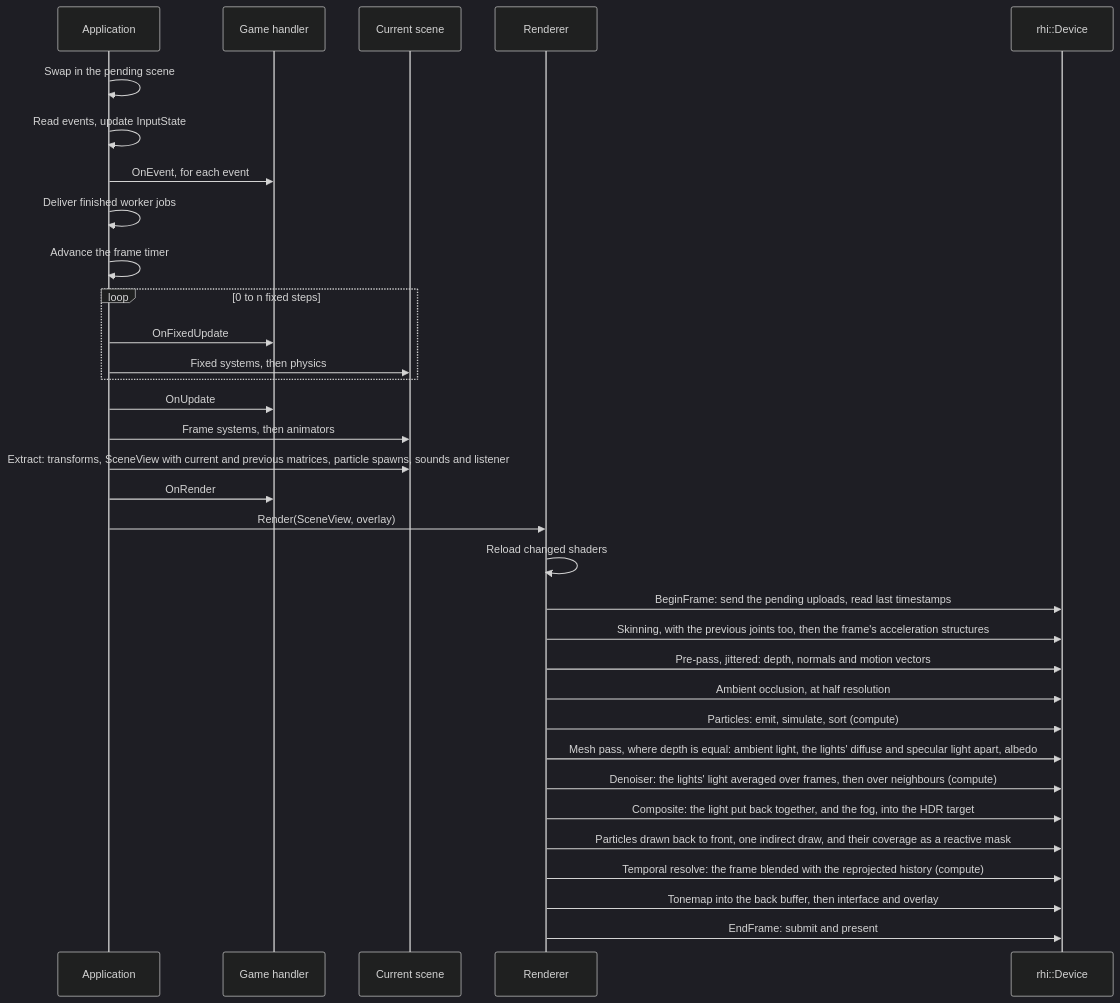
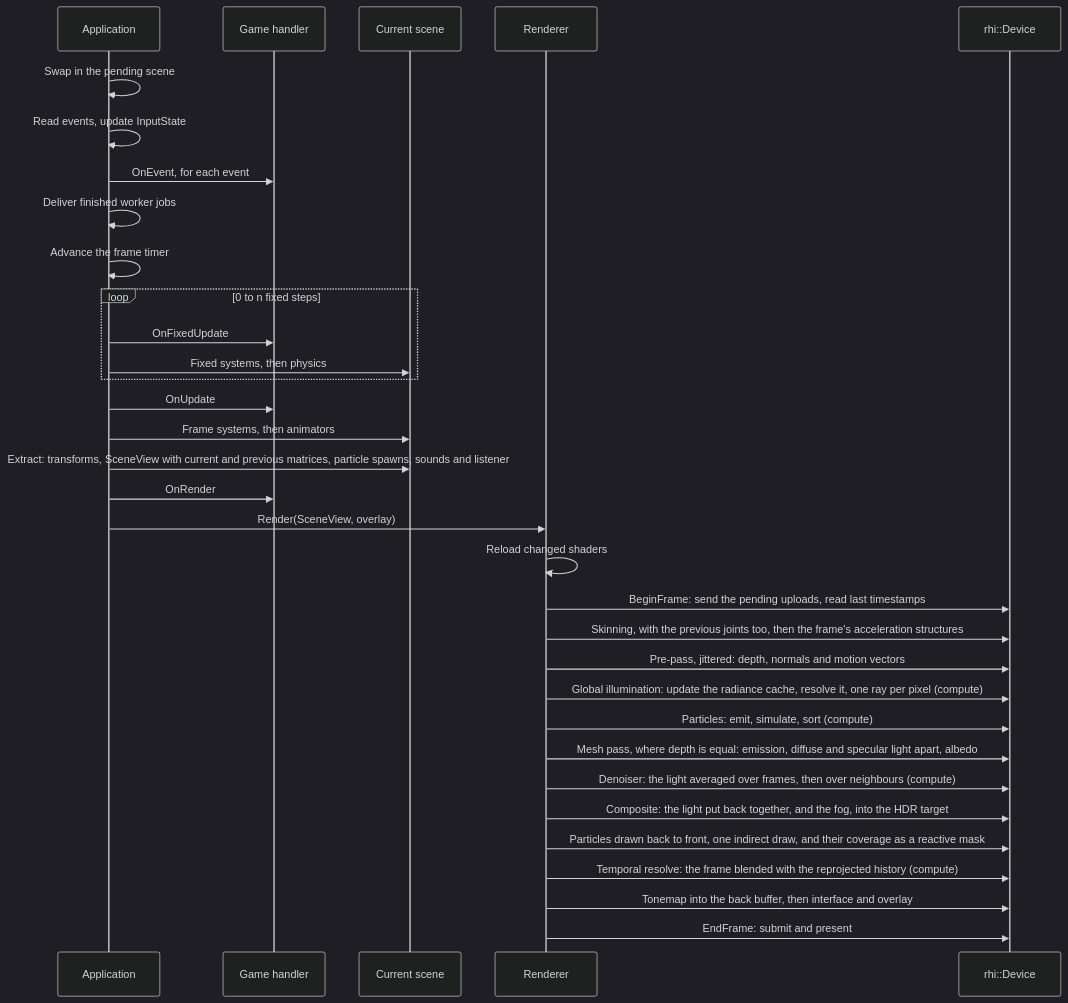
One commit to SBXdev3D/daidalos-engine-next changed the third of 12 diagrams in docs/ARCHITECTURE.md. Above: the diagram before and after it, drawn with Mermaid (dark theme). The commit also changed other lines of this file and 48 other files, not shown here.

First line of the commit message:
Phase 9.9: diffuse global illumination, and moonlight (#31)

````diff
--- a/docs/ARCHITECTURE.md
+++ b/docs/ARCHITECTURE.md
@@ -67,36 +67,36 @@
 ```mermaid
 sequenceDiagram
     participant A as Application
     participant G as Game handler
     participant S as Current scene
     participant R as Renderer
     participant D as rhi::Device
 
     A->>A: Swap in the pending scene
     A->>A: Read events, update InputState
     A->>G: OnEvent, for each event
     A->>A: Deliver finished worker jobs
     A->>A: Advance the frame timer
     loop 0 to n fixed steps
         A->>G: OnFixedUpdate
         A->>S: Fixed systems, then physics
     end
     A->>G: OnUpdate
     A->>S: Frame systems, then animators
     A->>S: Extract: transforms, SceneView with current and previous matrices, particle spawns, sounds and listener
     A->>G: OnRender
     A->>R: Render(SceneView, overlay)
     R->>R: Reload changed shaders
     R->>D: BeginFrame: send the pending uploads, read last timestamps
     R->>D: Skinning, with the previous joints too, then the frame's acceleration structures
     R->>D: Pre-pass, jittered: depth, normals and motion vectors
-    R->>D: Ambient occlusion, at half resolution
+    R->>D: Global illumination: update the radiance cache, resolve it, one ray per pixel (compute)
     R->>D: Particles: emit, simulate, sort (compute)
-    R->>D: Mesh pass, where depth is equal: ambient light, the lights' diffuse and specular light apart, albedo
-    R->>D: Denoiser: the lights' light averaged over frames, then over neighbours (compute)
+    R->>D: Mesh pass, where depth is equal: emission, diffuse and specular light apart, albedo
+    R->>D: Denoiser: the light averaged over frames, then over neighbours (compute)
     R->>D: Composite: the light put back together, and the fog, into the HDR target
     R->>D: Particles drawn back to front, one indirect draw, and their coverage as a reactive mask
     R->>D: Temporal resolve: the frame blended with the reprojected history (compute)
     R->>D: Tonemap into the back buffer, then interface and overlay
     R->>D: EndFrame: submit and present
 ```
````
